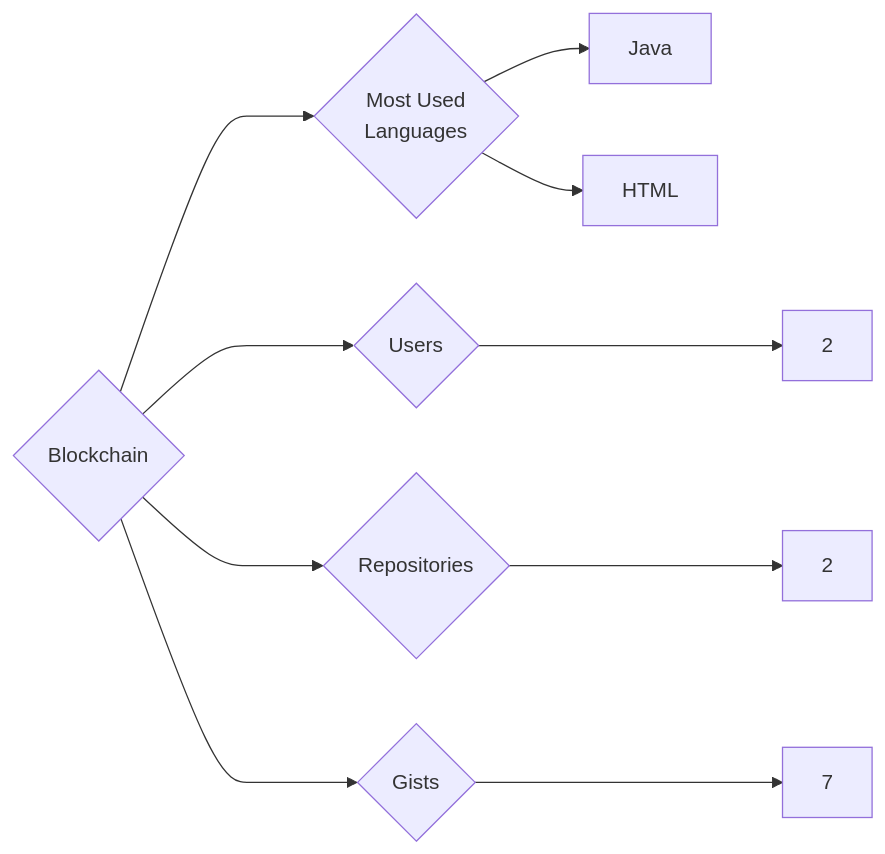
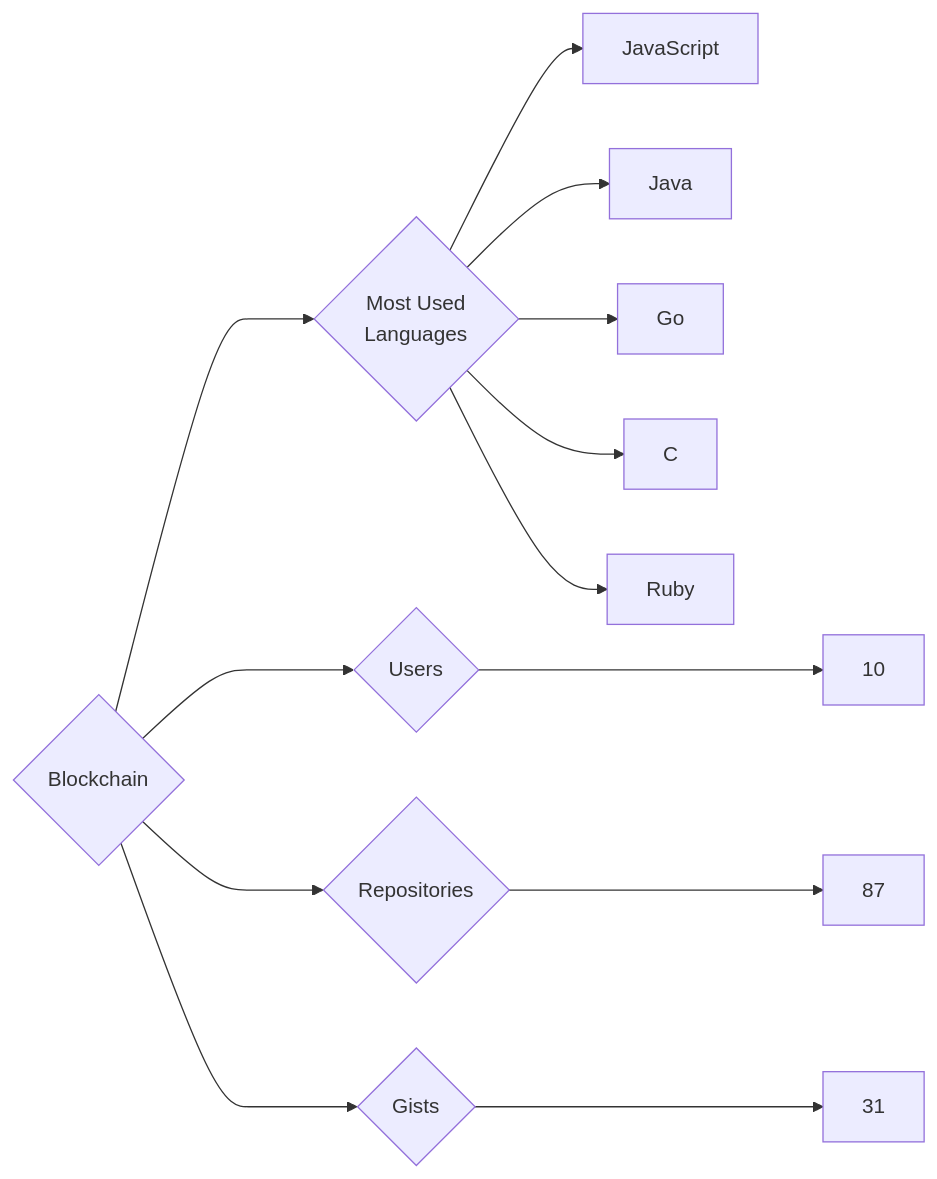
Before and after one commit to trickest/insiders: the diagram in targets/Blockchain/README.md, drawn with Mermaid. The commit also changed 1314 other files, not shown here.

````diff
--- a/targets/Blockchain/README.md
+++ b/targets/Blockchain/README.md
@@ -3,10 +3,13 @@
 ```mermaid
 graph LR
 COMPANY_NAME{Blockchain}
-COMPANY_NAME ---> U{Users} ---> UN[2]
-COMPANY_NAME ---> R{Repositories} ---> RN[2]
-COMPANY_NAME ---> G{Gists} ---> GN[7]
+COMPANY_NAME ---> U{Users} ---> UN[10]
+COMPANY_NAME ---> R{Repositories} ---> RN[87]
+COMPANY_NAME ---> G{Gists} ---> GN[31]
 COMPANY_NAME ---> ML{Most Used<br>Languages}
+ML --> JavaScript[JavaScript]
 ML --> Java[Java]
-ML --> HTML[HTML]
+ML --> Go[Go]
+ML --> C[C]
+ML --> Ruby[Ruby]
 ```
````
